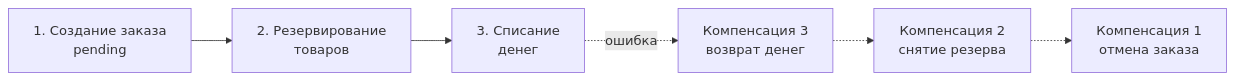
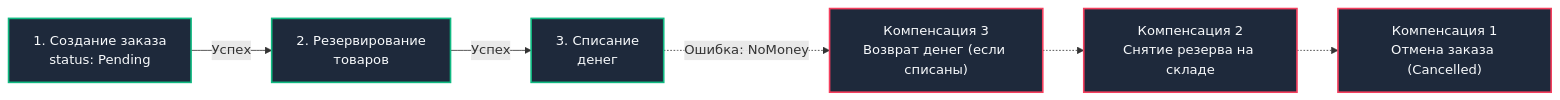
The first of 3 diagrams in sources/11. Архитектура и System Design/26. Saga Pattern. Оркестрация и хореография.md (UnrealTemplier/go-textbook), drawn with Mermaid before and after one commit. The commit also changed other lines of this file, not shown here.

````diff
--- a/sources/11. Архитектура и System Design/26. Saga Pattern. Оркестрация и хореография.md
+++ b/sources/11. Архитектура и System Design/26. Saga Pattern. Оркестрация и хореография.md
@@ -16,8 +26,14 @@
 ```mermaid
 flowchart LR
-    Step1["1. Создание заказа<br>pending"] --> Step2["2. Резервирование<br>товаров"]
-    Step2 --> Step3["3. Списание<br>денег"]
-    Step3 -.->|"ошибка"| Comp3["Компенсация 3<br>возврат денег"]
-    Comp3 -.-> Comp2["Компенсация 2<br>снятие резерва"]
-    Comp2 -.-> Comp1["Компенсация 1<br>отмена заказа"]
+    Step1["1. Создание заказа<br>status: Pending"] -->|"Успех"| Step2["2. Резервирование<br>товаров"]
+    Step2 -->|"Успех"| Step3["3. Списание<br>денег"]
+    
+    Step3 -.->|"Ошибка: NoMoney"| Comp3["Компенсация 3<br>Возврат денег (если списаны)"]
+    Comp3 -.-> Comp2["Компенсация 2<br>Снятие резерва на складе"]
+    Comp2 -.-> Comp1["Компенсация 1<br>Отмена заказа (Cancelled)"]
+
+    classDef success fill:#1e293b,stroke:#10b981,stroke-width:2px,color:#f8fafc;
+    classDef fail fill:#1e293b,stroke:#f43f5e,stroke-width:2px,color:#f8fafc;
+    class Step1,Step2,Step3 success;
+    class Comp3,Comp2,Comp1 fail;
 ```
````
